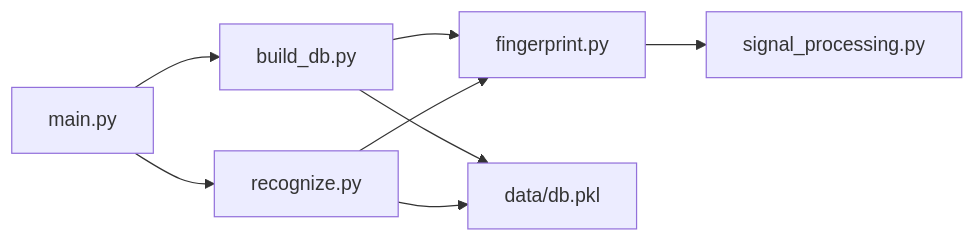
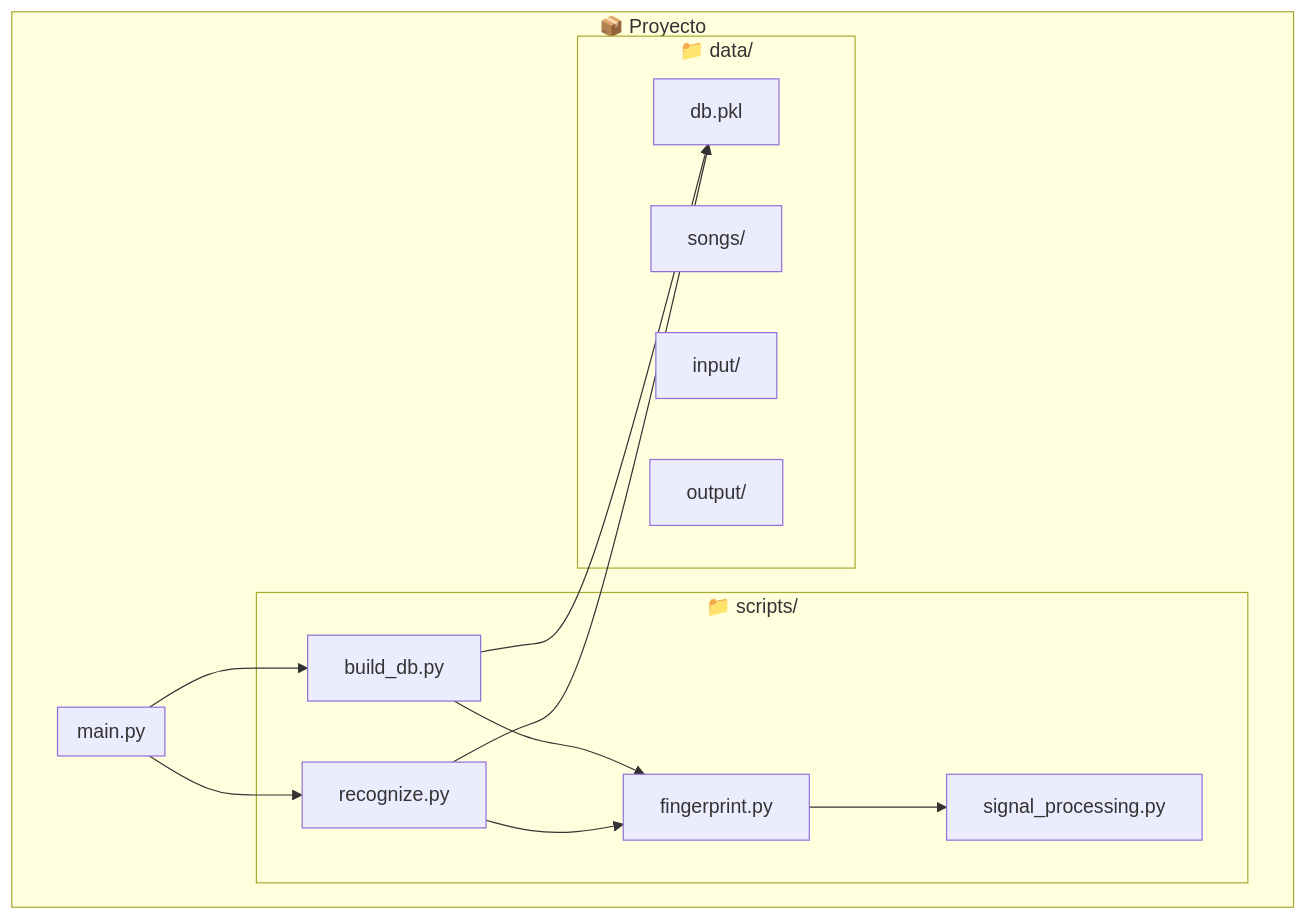
The first of 2 diagrams in README.md (alejoDev117/Matematicas-especiales), drawn with Mermaid before and after one commit.

Commit message:
se modifica readMe

````diff
--- a/README.md
+++ b/README.md
@@ -19,15 +19,29 @@
 ```mermaid
-graph LR
-    MAIN["main.py"]
+graph TB
+    subgraph PROYECTO["📦 Proyecto"]
+        subgraph MAIN["main.py"]
+        end
+        
+        subgraph SCRIPTS["📁 scripts/"]
+            BUILD["build_db.py"]
+            RECOG["recognize.py"]
+            FINGER["fingerprint.py"]
+            SIGNAL["signal_processing.py"]
+        end
+        
+        subgraph DATA["📁 data/"]
+            DB["db.pkl"]
+            SONGS["songs/"]
+            INPUT["input/"]
+            OUTPUT["output/"]
+        end
+    end
     
-    MAIN --> BUILD["build_db.py"]
-    MAIN --> RECOG["recognize.py"]
-    
-    BUILD --> FINGER["fingerprint.py"]
+    MAIN --> BUILD
+    MAIN --> RECOG
+    BUILD --> FINGER
     RECOG --> FINGER
-    
-    FINGER --> SIGNAL["signal_processing.py"]
-    
-    BUILD --> DB["data/db.pkl"]
+    FINGER --> SIGNAL
+    BUILD --> DB
     RECOG --> DB
 ```
````
